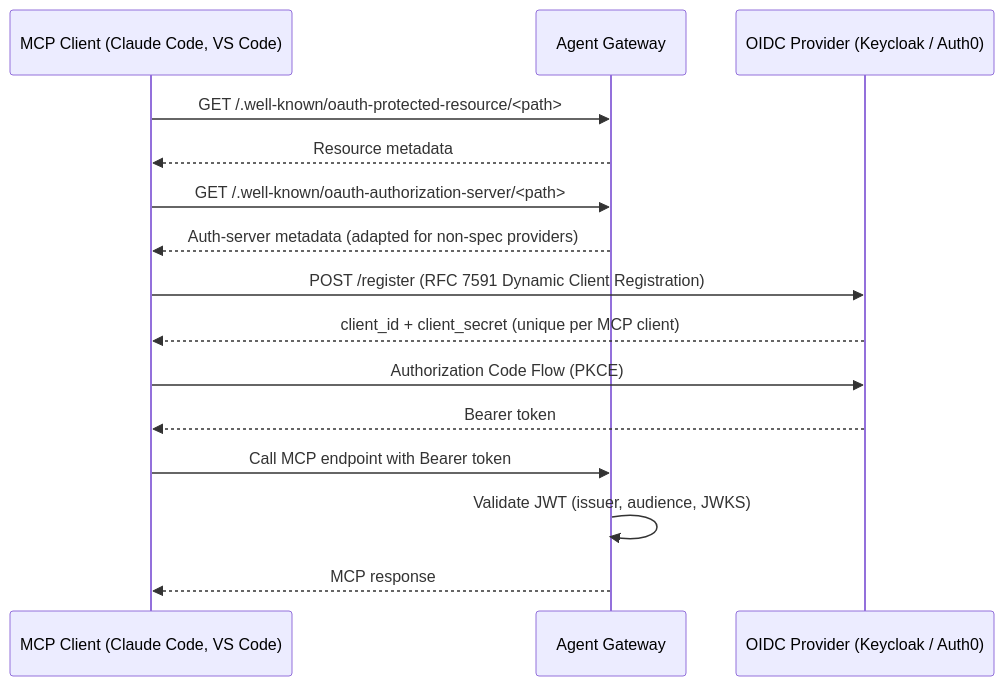
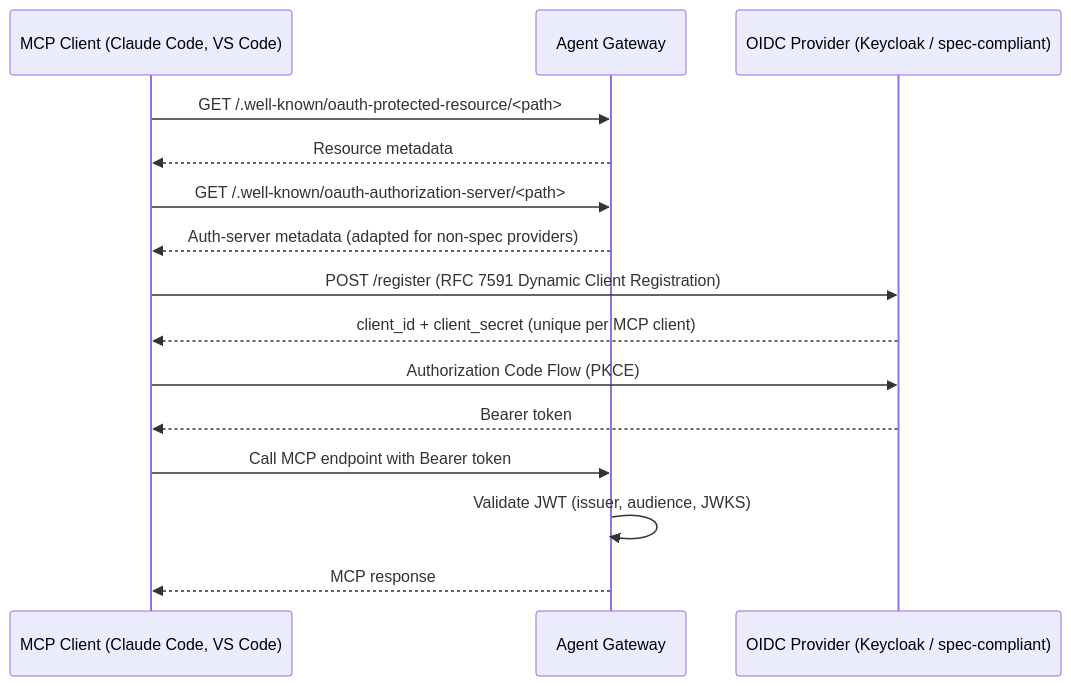
One commit to rvennam/agentgateway-auth-patterns changed the sixth of 17 diagrams in README.md. Above: the diagram before and after it, drawn with Mermaid. The commit also changed other lines of this file, not shown here.

````diff
--- a/README.md
+++ b/README.md
@@ -617,17 +617,17 @@
 ```mermaid
 sequenceDiagram
     participant MCP as MCP Client (Claude Code, VS Code)
     participant GW as Agent Gateway
-    participant IdP as OIDC Provider (Keycloak / Auth0)
+    participant IdP as OIDC Provider (Keycloak / spec-compliant)
     MCP->>GW: GET /.well-known/oauth-protected-resource/<path>
     GW-->>MCP: Resource metadata
     MCP->>GW: GET /.well-known/oauth-authorization-server/<path>
     GW-->>MCP: Auth-server metadata (adapted for non-spec providers)
     MCP->>IdP: POST /register (RFC 7591 Dynamic Client Registration)
     IdP-->>MCP: client_id + client_secret (unique per MCP client)
     MCP->>IdP: Authorization Code Flow (PKCE)
     IdP-->>MCP: Bearer token
     MCP->>GW: Call MCP endpoint with Bearer token
     GW->>GW: Validate JWT (issuer, audience, JWKS)
     GW-->>MCP: MCP response
 ```
````
